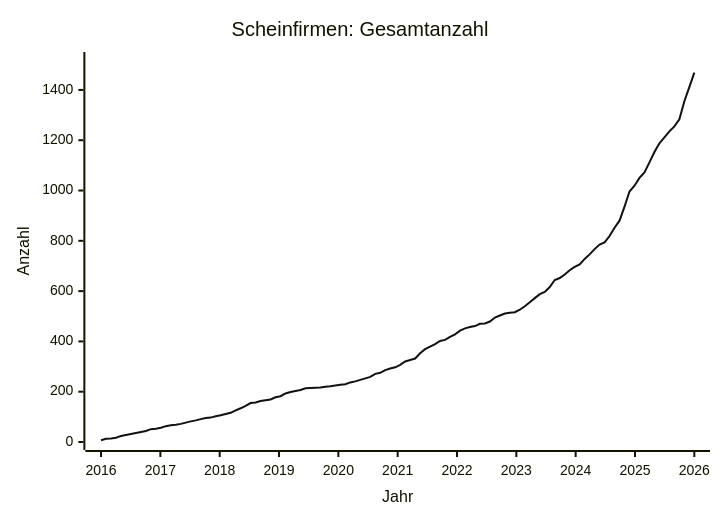
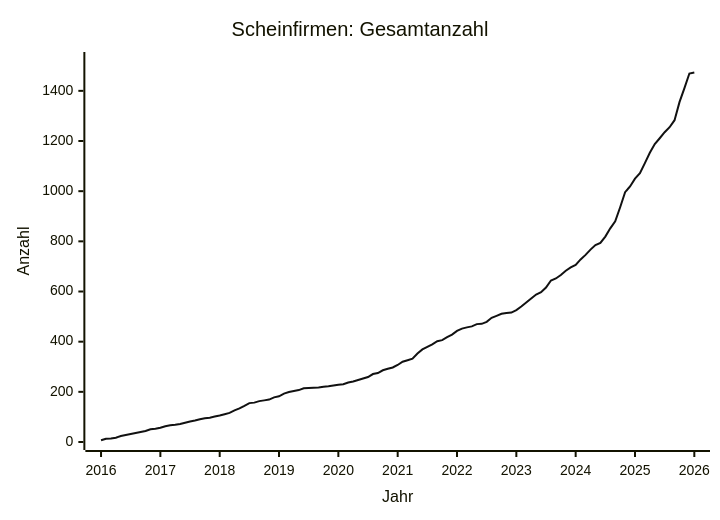
One commit to arjoma/scheinfirmen-at changed the diagram in data/STATS.md. Above: the diagram before and after it, drawn with Mermaid. The commit also changed other lines of this file and 3 other files, not shown here.

````diff
--- a/data/STATS.md
+++ b/data/STATS.md
@@ -9,13 +9,13 @@
 ```mermaid
 ---
 config:
   themeVariables:
     xyChart:
       plotColorPalette: "#111111"
 ---
 xychart-beta
     title "Scheinfirmen: Gesamtanzahl"
     x-axis "Jahr" 2016 --> 2026
-    y-axis "Anzahl" 0 --> 1519
-    line [7, 13, 14, 17, 24, 28, 32, 36, 40, 44, 51, 53, 57, 63, 67, 69, 72, 77, 82, 86, 91, 95, 97, 102, 106, 111, 116, 126, 134, 144, 155, 157, 163, 166, 169, 178, 182, 193, 199, 203, 207, 214, 215, 216, 217, 220, 222, 225, 228, 230, 237, 241, 247, 253, 259, 271, 275, 286, 292, 297, 307, 320, 326, 332, 353, 369, 379, 389, 402, 406, 418, 428, 443, 452, 457, 461, 470, 471, 479, 495, 503, 511, 514, 516, 526, 540, 556, 572, 588, 597, 616, 644, 652, 666, 683, 696, 706, 728, 746, 767, 785, 794, 819, 852, 880, 936, 996, 1019, 1050, 1072, 1112, 1153, 1188, 1211, 1235, 1255, 1283, 1355, 1411, 1469]
+    y-axis "Anzahl" 0 --> 1523
+    line [7, 13, 14, 17, 24, 28, 32, 36, 40, 44, 51, 53, 57, 63, 67, 69, 72, 77, 82, 86, 91, 95, 97, 102, 106, 111, 116, 126, 134, 144, 155, 157, 163, 166, 169, 178, 182, 193, 199, 203, 207, 214, 215, 216, 217, 220, 222, 225, 228, 230, 237, 241, 247, 253, 259, 271, 275, 286, 292, 297, 307, 320, 326, 332, 353, 369, 379, 389, 402, 406, 418, 428, 443, 452, 457, 461, 470, 471, 479, 495, 503, 511, 514, 516, 526, 540, 556, 572, 588, 597, 616, 644, 652, 666, 683, 696, 706, 728, 746, 767, 785, 794, 819, 852, 880, 936, 996, 1019, 1050, 1072, 1112, 1153, 1188, 1211, 1235, 1255, 1283, 1355, 1411, 1469, 1473]
 ```
````
